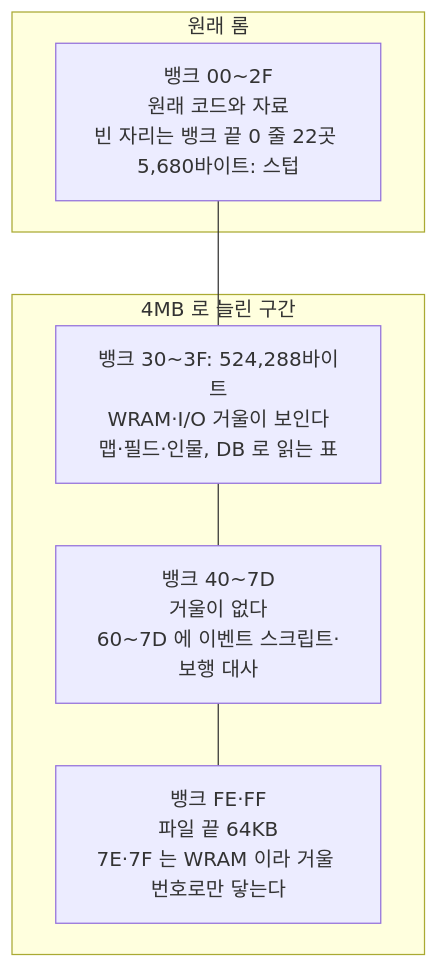
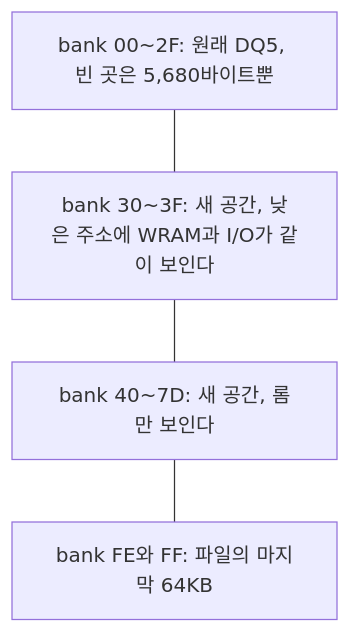
The diagram in src/pages/games/romhacking/journal/dq4/writing.md (perfectacle/perfectacle.github.io), drawn with Mermaid before and after one commit. The commit also changed other lines of this file and 13 other files, not shown here.

````diff
--- a/src/pages/games/romhacking/journal/dq4/writing.md
+++ b/src/pages/games/romhacking/journal/dq4/writing.md
@@ -317,14 +27,10 @@
 ```mermaid
 flowchart TD
-  subgraph ORG["원래 롬"]
-    A["뱅크 00~2F<br/>원래 코드와 자료<br/>빈 자리는 뱅크 끝 0 줄 22곳 5,680바이트: 스텁"]
-  end
-  subgraph EXP["4MB 로 늘린 구간"]
-    B["뱅크 30~3F: 524,288바이트<br/>WRAM·I/O 거울이 보인다<br/>맵·필드·인물, DB 로 읽는 표"]
-    C["뱅크 40~7D<br/>거울이 없다<br/>60~7D 에 이벤트 스크립트·보행 대사"]
-    D["뱅크 FE·FF<br/>파일 끝 64KB<br/>7E·7F 는 WRAM 이라 거울 번호로만 닿는다"]
-  end
+  A["bank 00~2F: 원래 DQ5, 빈 곳은 5,680바이트뿐"]
+  B["bank 30~3F: 새 공간, 낮은 주소에 WRAM과 I/O가 같이 보인다"]
+  C["bank 40~7D: 새 공간, 롬만 보인다"]
+  D["bank FE와 FF: 파일의 마지막 64KB"]
   A --- B
   B --- C
   C --- D
 ```
````
